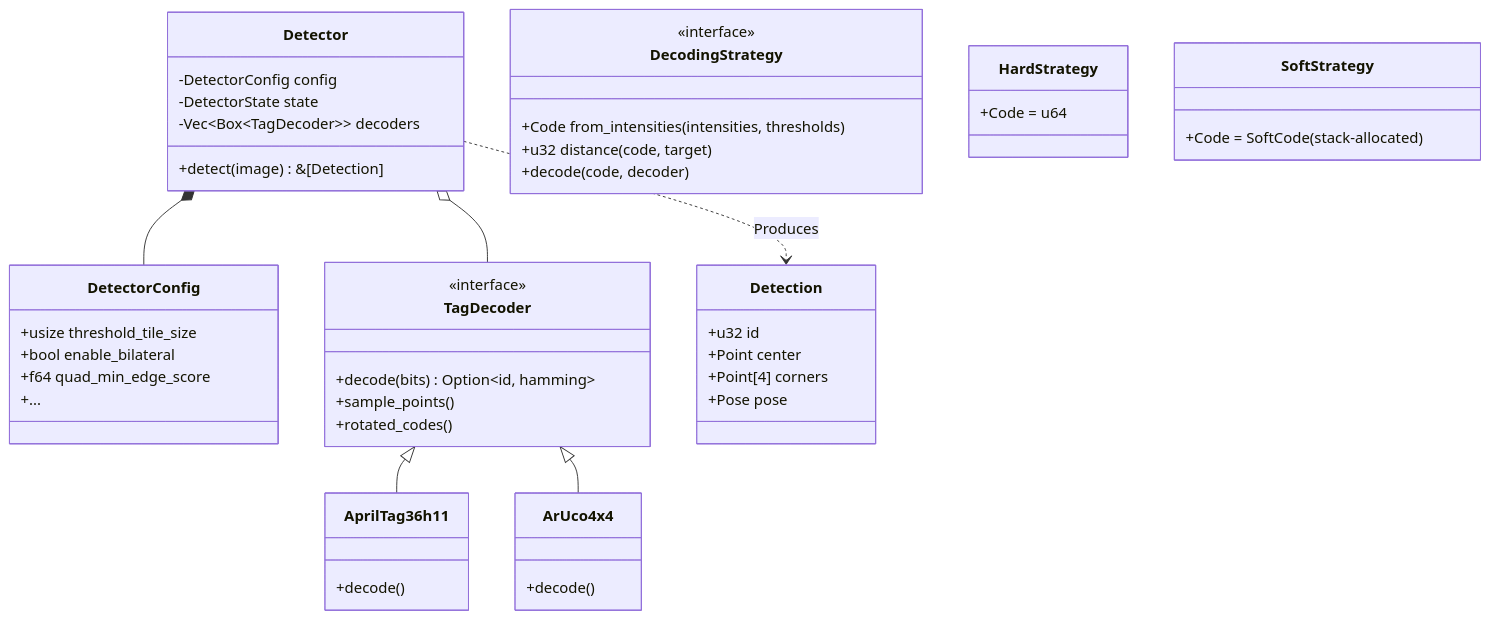
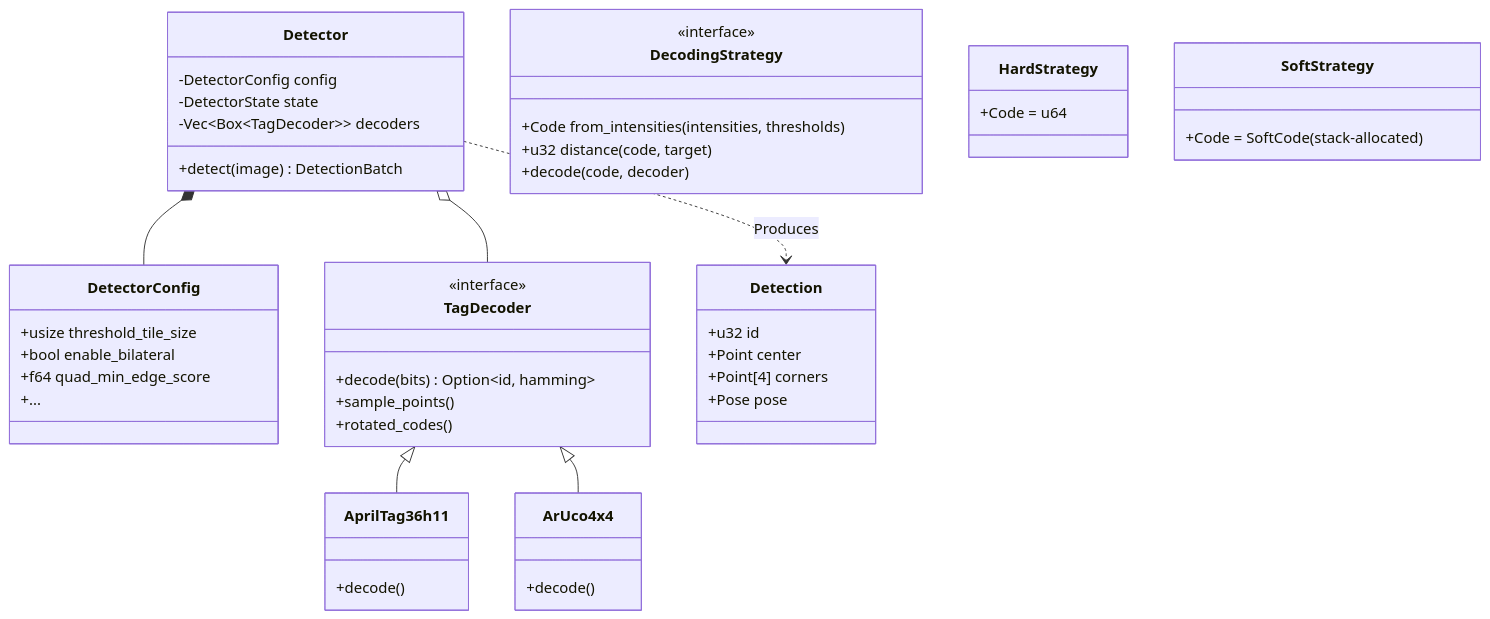
Before and after one commit to NoeFontana/locus-tag: the third of 6 diagrams in docs/explanation/architecture.md, drawn with Mermaid. The commit also changed other lines of this file, not shown here.

````diff
--- a/docs/explanation/architecture.md
+++ b/docs/explanation/architecture.md
@@ -89,59 +89,59 @@
 ```mermaid
 classDiagram
     class Detector {
         -DetectorConfig config
         -DetectorState state
         -Vec~Box~TagDecoder~~ decoders
-        +detect(image) &[Detection]
+        +detect(image) DetectionBatch
     }
 
     class DetectorConfig {
         +usize threshold_tile_size
         +bool enable_bilateral
         +f64 quad_min_edge_score
         +...
     }
 
     class TagDecoder {
         <<interface>>
         +decode(bits) Option~id, hamming~
         +sample_points()
         +rotated_codes()
     }
 
     class DecodingStrategy {
         <<interface>>
         +Code from_intensities(intensities, thresholds)
         +u32 distance(code, target)
         +decode(code, decoder)
     }
 
     class HardStrategy {
         +Code = u64
     }
 
     class SoftStrategy {
         +Code = SoftCode (stack-allocated)
     }
 
     class AprilTag36h11 {
         +decode()
     }
 
     class ArUco4x4 {
         +decode()
     }
 
     class Detection {
         +u32 id
         +Point center
         +Point[4] corners
         +Pose pose
     }
 
     Detector *-- DetectorConfig
     Detector o-- TagDecoder
     TagDecoder <|-- AprilTag36h11
     TagDecoder <|-- ArUco4x4
     Detector ..> Detection : Produces
 ```
````
